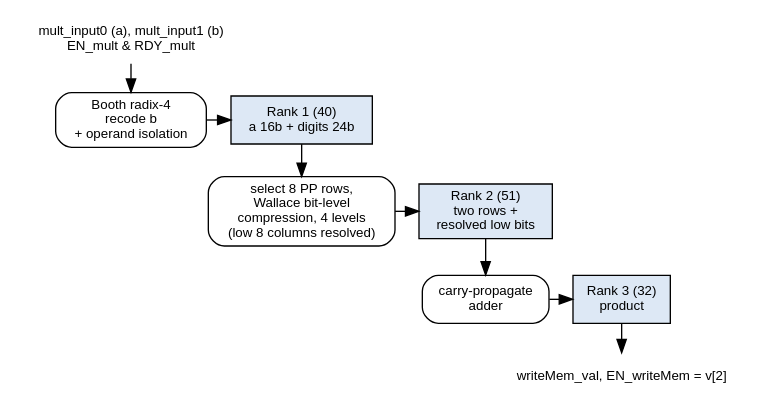
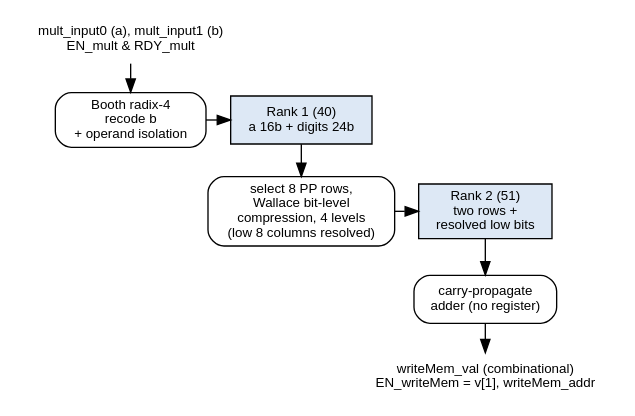
The diagram in submission/pdf_report/src/dp400.dot (amrsherif21/elec402-p2-open), drawn with Graphviz before and after one commit. The commit also changed 6 other files, not shown here.

```diff
--- a/submission/pdf_report/src/dp400.dot
+++ b/submission/pdf_report/src/dp400.dot
@@ -1,14 +1,13 @@
 digraph dp400 {
   rankdir=TB; newrank=true; bgcolor=white; nodesep=0.25; ranksep=0.3;
   node [fontname="Helvetica", fontsize=10];
   in [shape=plaintext, label="mult_input0 (a), mult_input1 (b)\nEN_mult & RDY_mult"];
   enc [shape=box, style=rounded, label="Booth radix-4\nrecode b\n+ operand isolation"];
   r1 [shape=box, style=filled, fillcolor="#dde8f5", label="Rank 1 (40)\na 16b + digits 24b"];
   tree [shape=box, style=rounded, label="select 8 PP rows,\nWallace bit-level\ncompression, 4 levels\n(low 8 columns resolved)"];
   r2 [shape=box, style=filled, fillcolor="#dde8f5", label="Rank 2 (51)\ntwo rows +\nresolved low bits"];
-  cpa [shape=box, style=rounded, label="carry-propagate\nadder"];
-  r3 [shape=box, style=filled, fillcolor="#dde8f5", label="Rank 3 (32)\nproduct"];
-  out [shape=plaintext, label="writeMem_val, EN_writeMem = v[2]"];
-  in -> enc -> r1 -> tree -> r2 -> cpa -> r3 -> out;
-  {rank=same; enc; r1;} {rank=same; tree; r2;} {rank=same; cpa; r3;}
+  cpa [shape=box, style=rounded, label="carry-propagate\nadder (no register)"];
+  out [shape=plaintext, label="writeMem_val (combinational)\nEN_writeMem = v[1], writeMem_addr"];
+  in -> enc -> r1 -> tree -> r2 -> cpa -> out;
+  {rank=same; enc; r1;} {rank=same; tree; r2;}
 }
```
